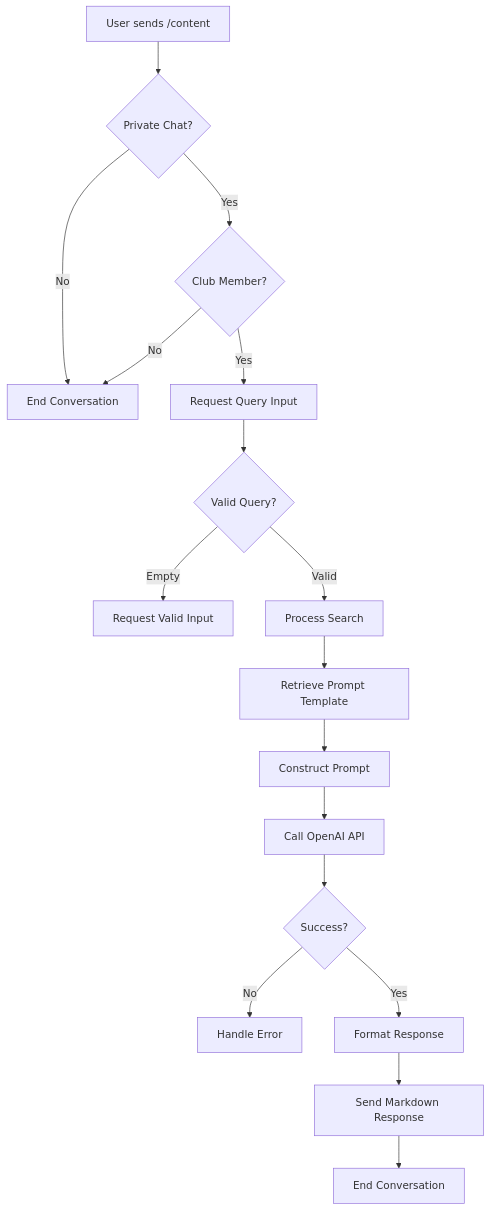
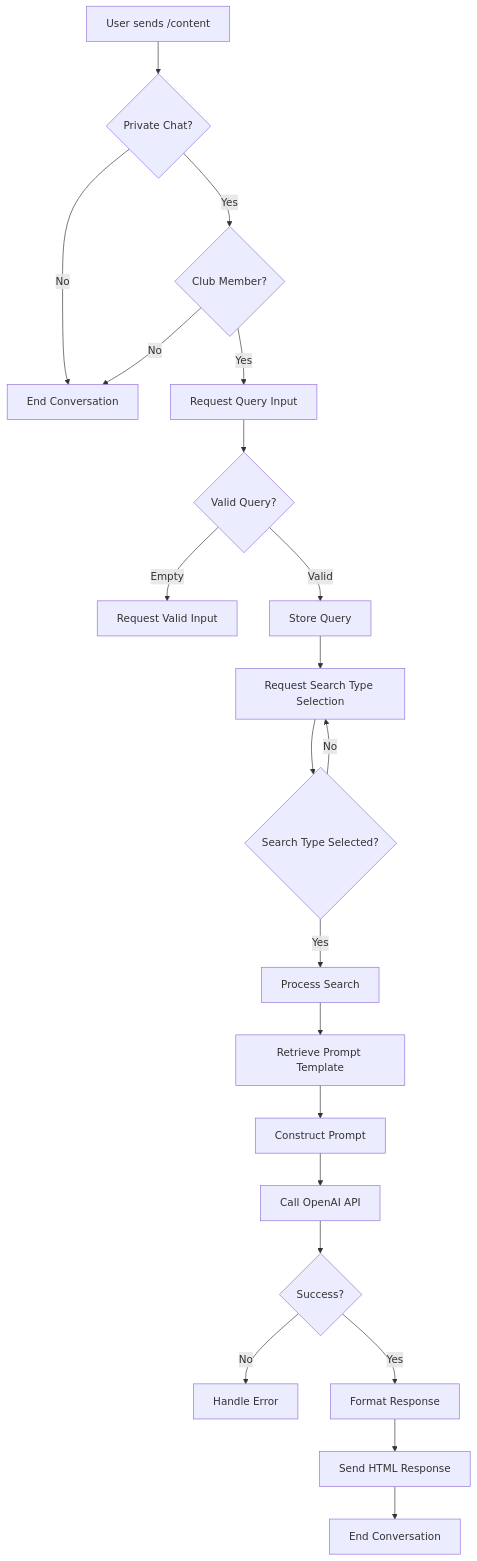
Before and after one commit to it-beard/evo-bot-go: the first of 3 diagrams in .qoder/repowiki/en/content/AI-Powered Search/Content Search.md, drawn with Mermaid. The commit also changed other lines of this file and 14 other files, not shown here.

First line of the commit message:
feat(search): add search type selection with fast and deep options to all search handlers

````diff
--- a/.qoder/repowiki/en/content/AI-Powered Search/Content Search.md
+++ b/.qoder/repowiki/en/content/AI-Powered Search/Content Search.md
@@ -39,19 +42,23 @@
 ```mermaid
 flowchart TD
 A[User sends /content] --> B{Private Chat?}
 B --> |No| C[End Conversation]
 B --> |Yes| D{Club Member?}
 D --> |No| C
 D --> |Yes| E[Request Query Input]
 E --> F{Valid Query?}
 F --> |Empty| G[Request Valid Input]
-F --> |Valid| H[Process Search]
-H --> I[Retrieve Prompt Template]
-I --> J[Construct Prompt]
-J --> K[Call OpenAI API]
-K --> L{Success?}
-L --> |No| M[Handle Error]
-L --> |Yes| N[Format Response]
-N --> O[Send Markdown Response]
-O --> P[End Conversation]
+F --> |Valid| H[Store Query]
+H --> I[Request Search Type Selection]
+I --> J{Search Type Selected?}
+J --> |No| I
+J --> |Yes| K[Process Search]
+K --> L[Retrieve Prompt Template]
+L --> M[Construct Prompt]
+M --> N[Call OpenAI API]
+N --> O{Success?}
+O --> |No| P[Handle Error]
+O --> |Yes| Q[Format Response]
+Q --> R[Send HTML Response]
+R --> S[End Conversation]
 ```
````
